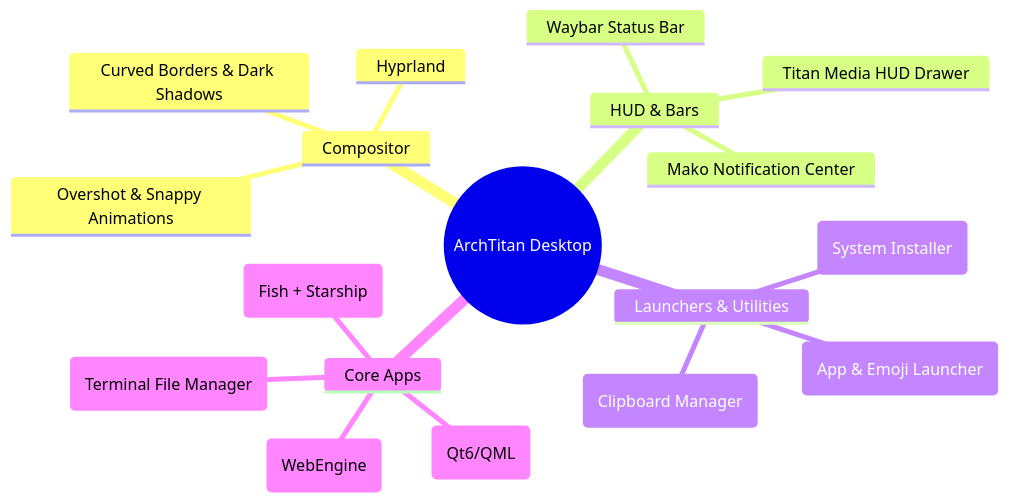
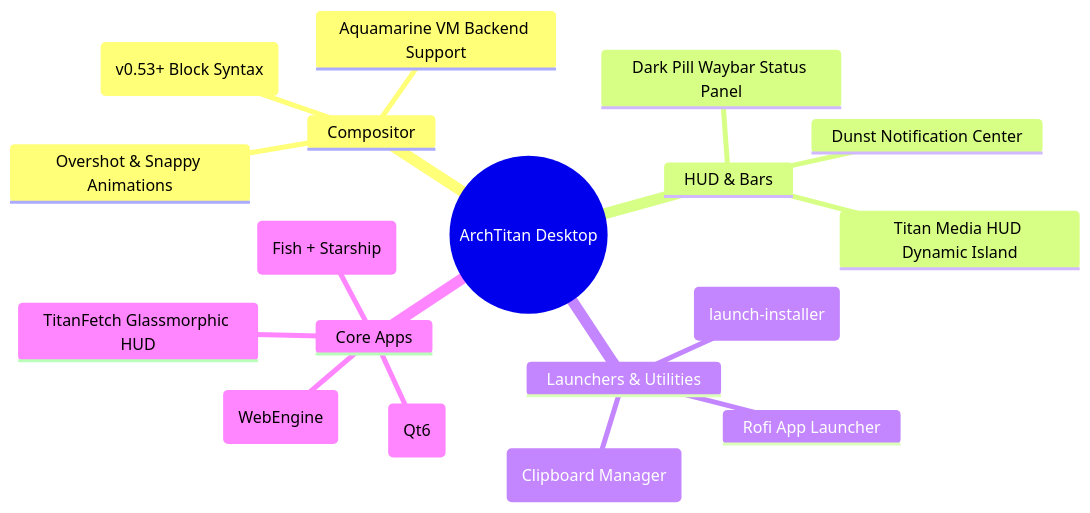
One commit to GitGuru29/archtitan-os changed the second of 3 diagrams in README.md. Above: the diagram before and after it, drawn with Mermaid. The commit also changed other lines of this file, not shown here.

````diff
--- a/README.md
+++ b/README.md
@@ -130,21 +138,21 @@
 ```mermaid
 mindmap
   root((ArchTitan Desktop))
     Compositor
-      Hyprland
+      Hyprland (v0.53+ Block Syntax)
+      Aquamarine VM Backend Support
       Overshot & Snappy Animations
-      Curved Borders & Dark Shadows
     HUD & Bars
-      Waybar Status Bar
-      Titan Media HUD Drawer
-      Mako Notification Center
+      Dark Pill Waybar Status Panel
+      Titan Media HUD Dynamic Island
+      Dunst Notification Center
     Launchers & Utilities
-      Rofi (App & Emoji Launcher)
+      Rofi App Launcher
       Cliphist (Clipboard Manager)
-      Calamares (System Installer)
+      Calamares (launch-installer)
     Core Apps
       Kitty (Fish + Starship)
       Titan Browser (WebEngine)
-      Titan Settings (Qt6/QML)
-      Ranger (Terminal File Manager)
+      ArchTitan Settings (Qt6)
+      TitanFetch Glassmorphic HUD
 ```
````
